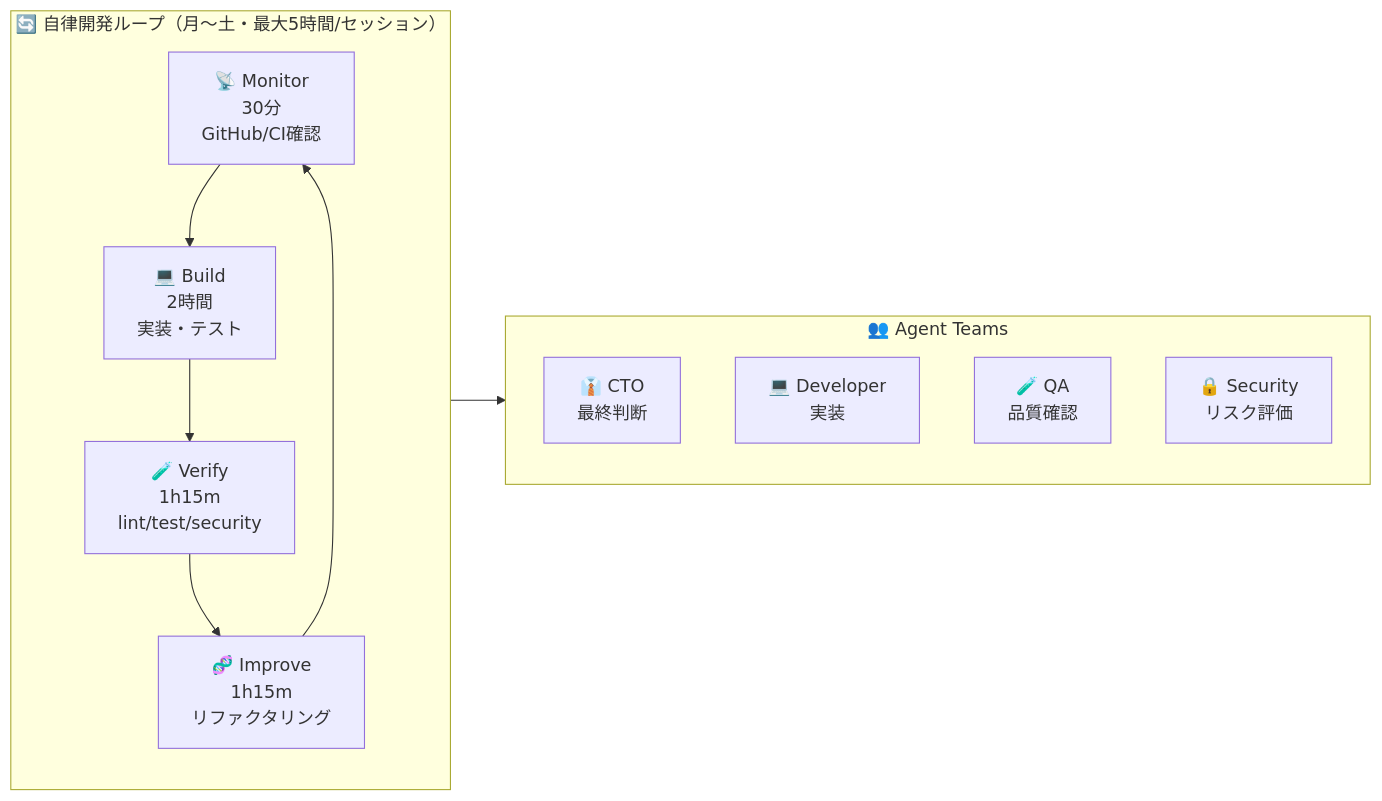
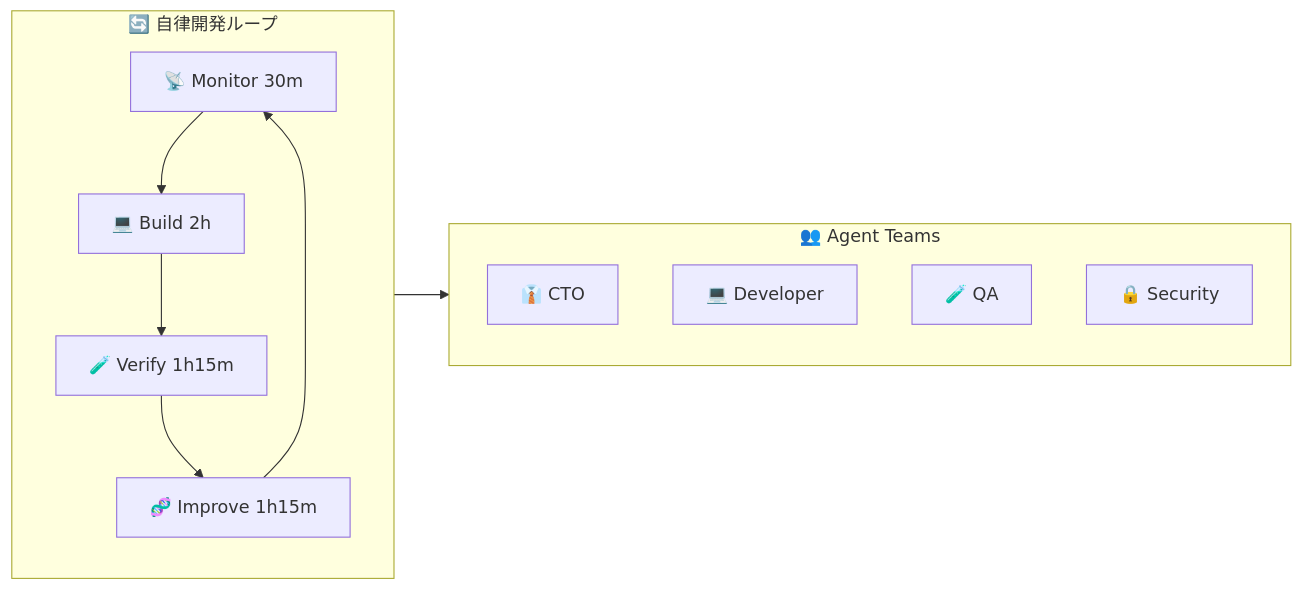
One commit to Kensan196948G/Construction-DX-One-System changed the eighth of 8 diagrams in README.md. Above: the diagram before and after it, drawn with Mermaid. The commit also changed other lines of this file and 6 other files, not shown here.

````diff
--- a/README.md
+++ b/README.md
@@ -671,18 +540,16 @@
 ```mermaid
 flowchart LR
-    subgraph Loop["🔄 自律開発ループ（月〜土・最大5時間/セッション）"]
-        M["📡 Monitor\n30分\nGitHub/CI確認"] --> B["💻 Build\n2時間\n実装・テスト"]
-        B --> V["🧪 Verify\n1h15m\nlint/test/security"]
-        V --> I["🧬 Improve\n1h15m\nリファクタリング"]
+    subgraph Loop["🔄 自律開発ループ"]
+        M["📡 Monitor 30m"] --> B["💻 Build 2h"]
+        B --> V["🧪 Verify 1h15m"]
+        V --> I["🧬 Improve 1h15m"]
         I --> M
     end
-
+    Loop --> Agents
     subgraph Agents["👥 Agent Teams"]
-        CTO["👔 CTO\n最終判断"]
-        DEV["💻 Developer\n実装"]
-        QA["🧪 QA\n品質確認"]
-        SEC["🔒 Security\nリスク評価"]
+        CTO["👔 CTO"]
+        DEV["💻 Developer"]
+        QA["🧪 QA"]
+        SEC["🔒 Security"]
     end
-
-    Loop --> Agents
 ```
````
